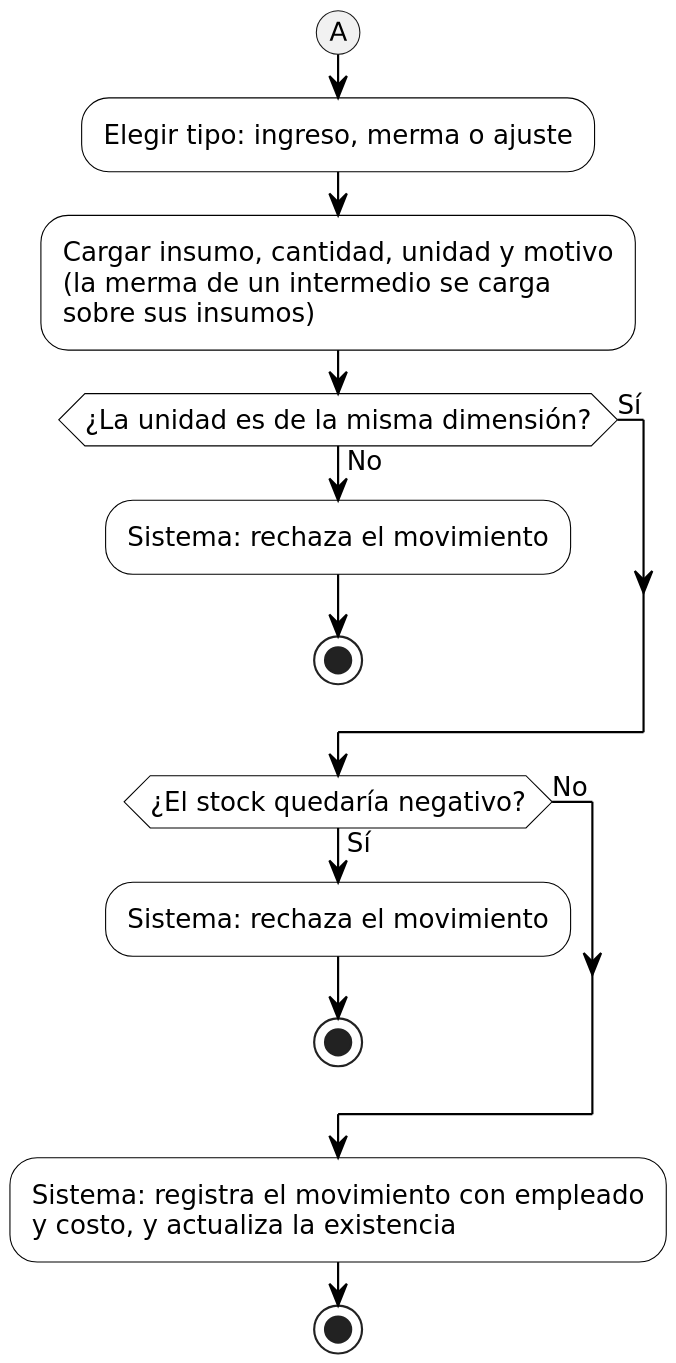
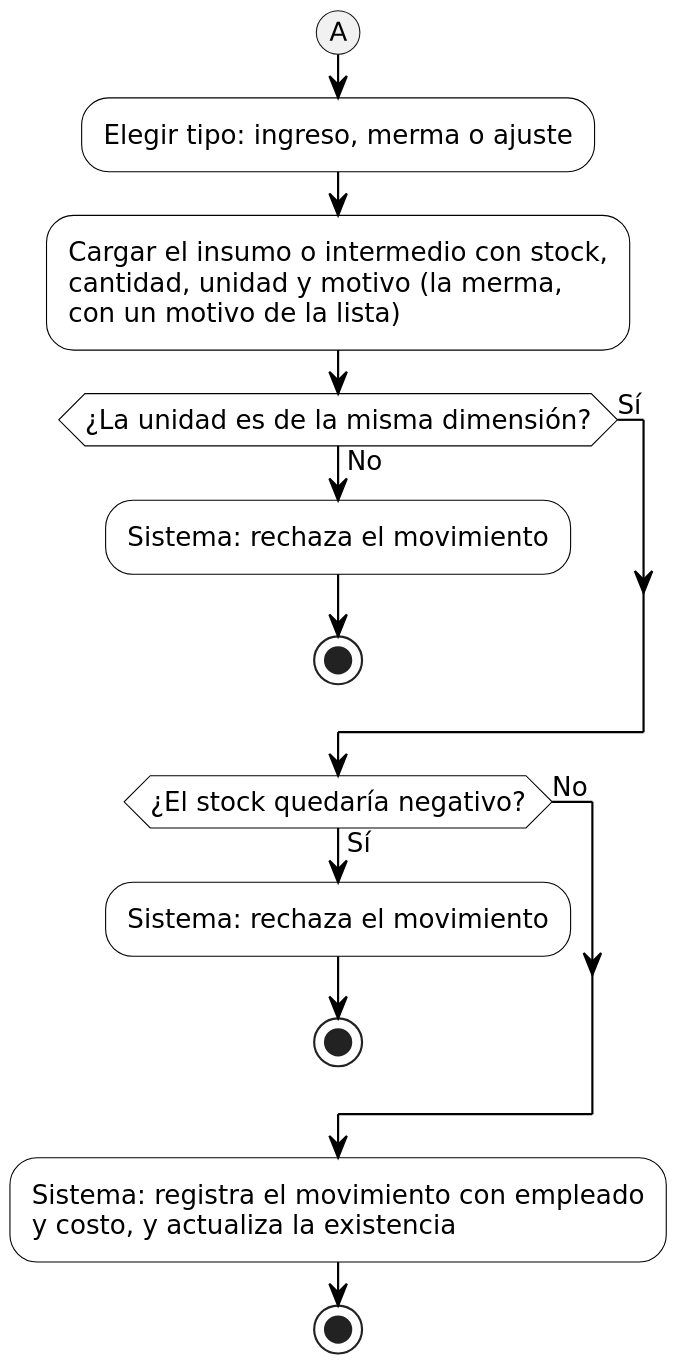
The diagram in docs/modelos/actividad/4-gestion-de-stock/v1/act-4-gestion-de-stock-v1-parte2.puml (GabrielLigresti/TFG-PGIM), drawn with PlantUML before and after one commit. The commit also changed 26 other files, not shown here.

Commit message:
Agregar los intermedios con stock, las tandas de producción y el motivo de merma en los modelos

```diff
--- a/docs/modelos/actividad/4-gestion-de-stock/v1/act-4-gestion-de-stock-v1-parte2.puml
+++ b/docs/modelos/actividad/4-gestion-de-stock/v1/act-4-gestion-de-stock-v1-parte2.puml
@@ -1,39 +1,39 @@
 @startuml act-4-gestion-de-stock-v1-parte2
 ' Diagrama de actividades, formato Vialia (sin carriles; el actor va en el texto).
 ' Dividido en partes para el documento; los conectores (A), (B)... unen las partes.
 skinparam dpi 220
 skinparam defaultFontName DejaVu Sans
 skinparam defaultFontSize 12
 skinparam shadowing false
 skinparam ArrowColor #000000
 skinparam activity {
   BackgroundColor #FFFFFF
   BorderColor #000000
   DiamondBackgroundColor #FFFFFF
   DiamondBorderColor #000000
   StartColor #000000
   EndColor #000000
 }
 skinparam circledCharacter {
   FontSize 12
 }
 
 (A)
 :Elegir tipo: ingreso, merma o ajuste;
-:Cargar insumo, cantidad, unidad y motivo
-(la merma de un intermedio se carga
-sobre sus insumos);
+:Cargar el insumo o intermedio con stock,
+cantidad, unidad y motivo (la merma,
+con un motivo de la lista);
 if (¿La unidad es de la misma dimensión?) then (No)
   :Sistema: rechaza el movimiento;
   stop
 else (Sí)
 endif
 if (¿El stock quedaría negativo?) then (Sí)
   :Sistema: rechaza el movimiento;
   stop
 else (No)
 endif
 :Sistema: registra el movimiento con empleado
 y costo, y actualiza la existencia;
 stop
 @enduml
```
